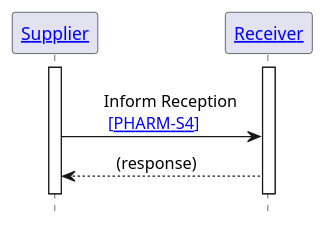
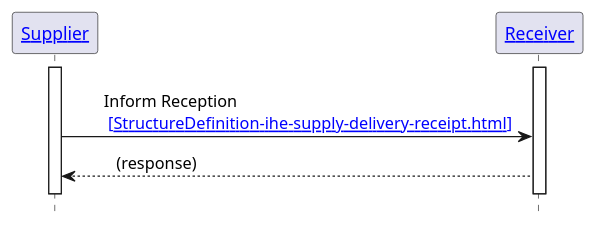
Before and after one commit to IHE/pharm-supply: the diagram in input/images-source/pharm-s4.plantuml, drawn with PlantUML. The commit also changed 10 other files, not shown here.

```diff
--- a/input/images-source/pharm-s4.plantuml
+++ b/input/images-source/pharm-s4.plantuml
@@ -1,22 +1,22 @@
 @startuml
 
 hide footbox
 
 '!include ./style.iuml
 
 
 Participant "[[actors_and_transactions.html#supplier Supplier]]" as S
 Participant "[[actors_and_transactions.html#receiver Receiver]]" as R
 
 activate S
 activate R
 
 S -[hidden]> R
-S -> R: \tInform Reception \n\t [[PHARM-S3.html{Receipt Notice} ~[PHARM-S4~]]]
+S -> R: \tInform Reception \n\t [[PHARM-S3.html{Receipt Notice} ~[StructureDefinition-ihe-supply-delivery-receipt.html~]]]
 S <-- R: \t(response)\t
 S -[hidden]> R
 
 deactivate S
 deactivate R
 
 @enduml
```
